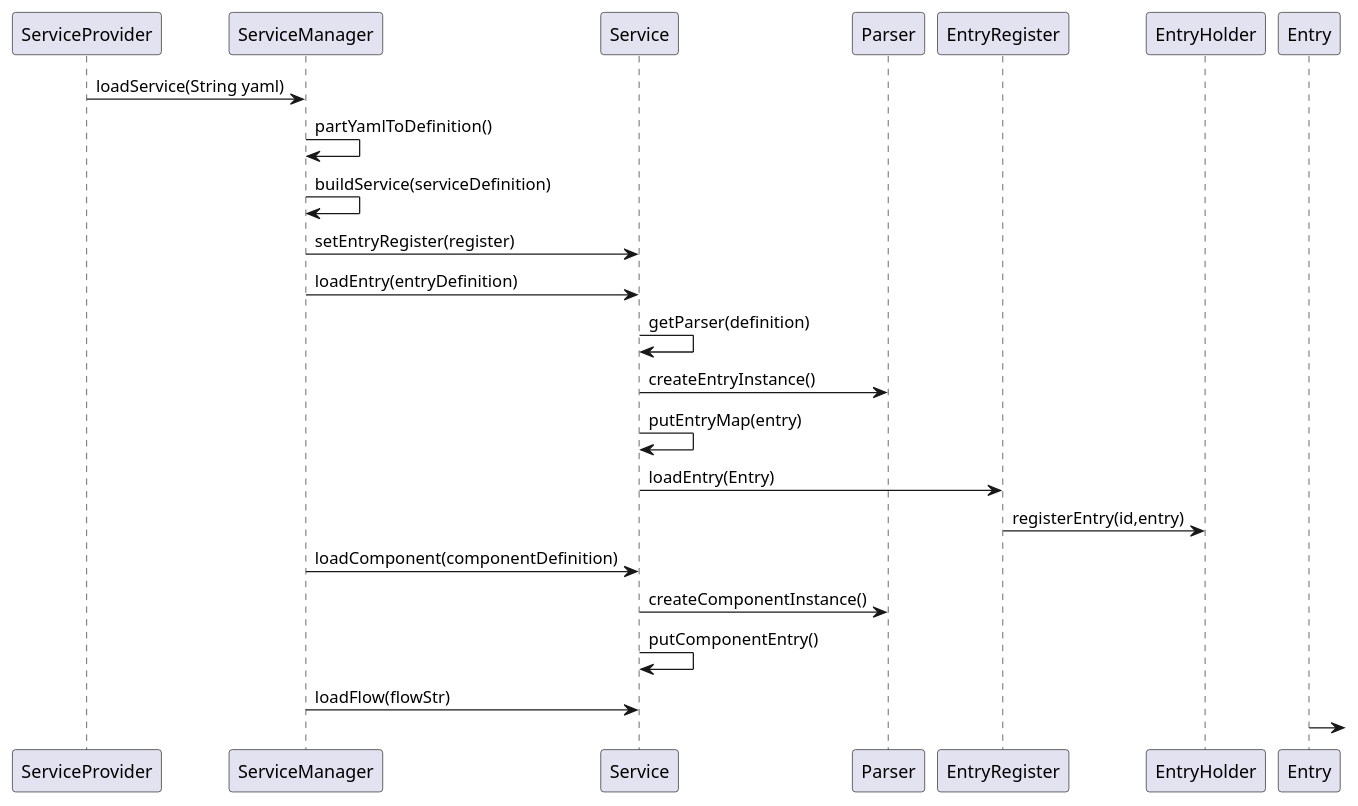
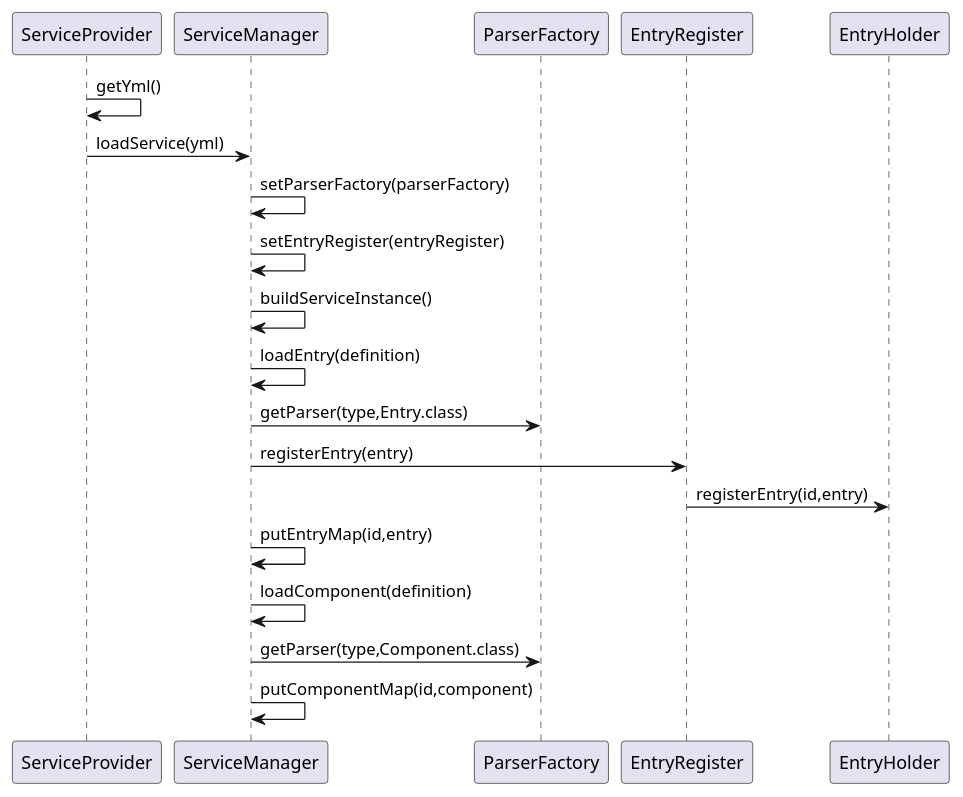
Before and after one commit to malacca-tech/malacca: the diagram in malacca-core/lifecycle.puml, drawn with PlantUML. The commit also changed 17 other files, not shown here.

```diff
--- a/malacca-core/lifecycle.puml
+++ b/malacca-core/lifecycle.puml
@@ -1,17 +1,15 @@
 @startuml
-ServiceProvider -> ServiceManager: loadService(String yaml)
-ServiceManager -> ServiceManager: partYamlToDefinition()
-ServiceManager -> ServiceManager: buildService(serviceDefinition)
-ServiceManager -> Service:setEntryRegister(register)
-ServiceManager -> Service: loadEntry(entryDefinition)
-Service -> Service:getParser(definition)
-Service -> Parser: createEntryInstance()
-Service -> Service: putEntryMap(entry)
-Service -> EntryRegister:loadEntry(Entry)
-EntryRegister -> EntryHolder:registerEntry(id,entry)
-ServiceManager -> Service: loadComponent(componentDefinition)
-Service -> Parser:createComponentInstance()
-Service -> Service: putComponentEntry()
-ServiceManager -> Service:loadFlow(flowStr)
-Entry ->
+ServiceProvider -> ServiceProvider:getYml()
+ServiceProvider -> ServiceManager:loadService(yml)
+ServiceManager -> ServiceManager: setParserFactory(parserFactory)
+ServiceManager -> ServiceManager:setEntryRegister(entryRegister)
+ServiceManager -> ServiceManager: buildServiceInstance()
+ServiceManager -> ServiceManager: loadEntry(definition)
+ServiceManager -> ParserFactory: getParser(type,Entry.class)
+ServiceManager -> EntryRegister: registerEntry(entry)
+EntryRegister -> EntryHolder: registerEntry(id,entry)
+ServiceManager -> ServiceManager: putEntryMap(id,entry)
+ServiceManager -> ServiceManager: loadComponent(definition)
+ServiceManager -> ParserFactory: getParser(type,Component.class)
+ServiceManager -> ServiceManager: putComponentMap(id,component)
 @enduml
```
